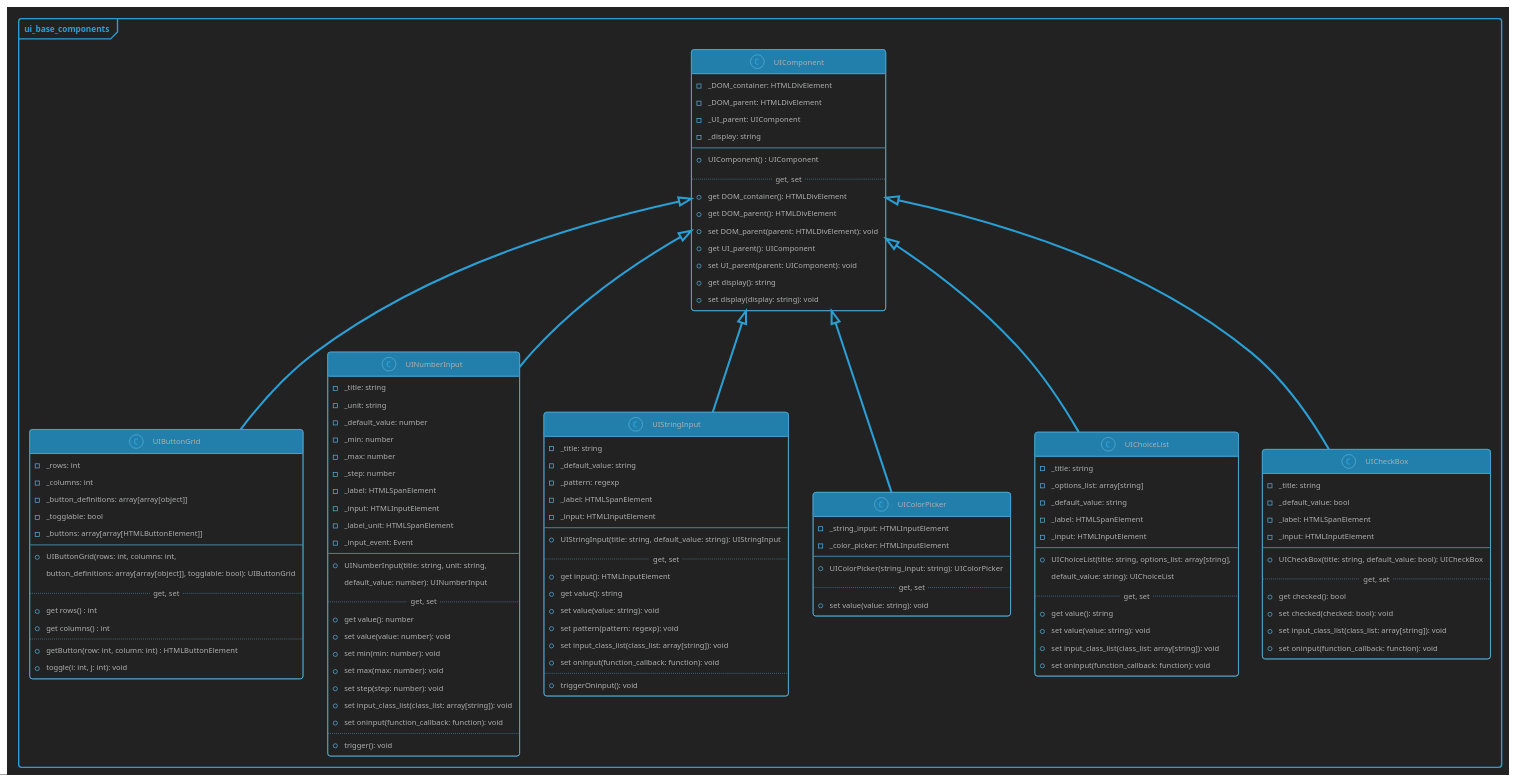
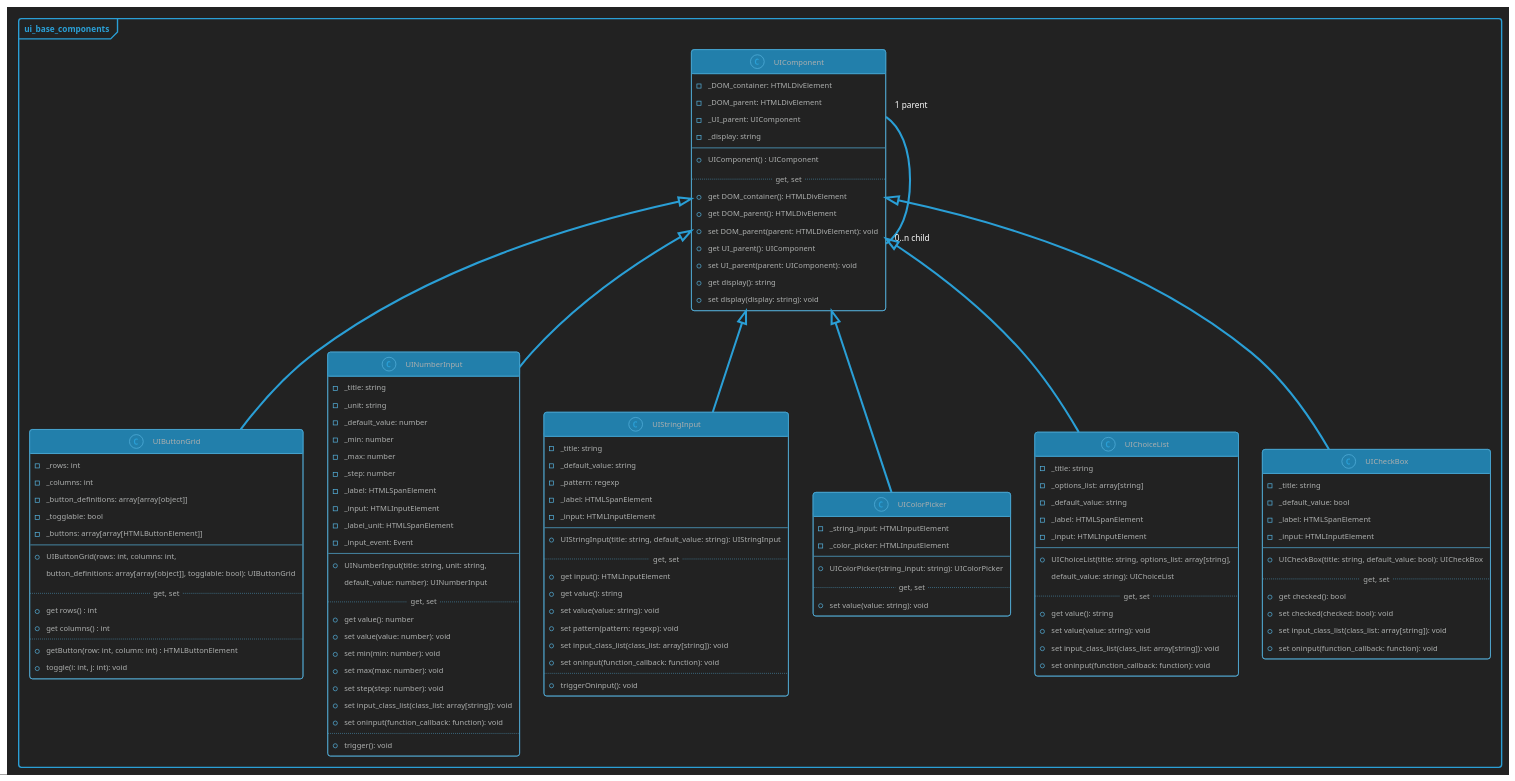
One commit to Picorims/wav2bar changed the diagram in docs/ui_base_components.plantuml. Above: the diagram before and after it, drawn with PlantUML. The commit also changed 5 other files, not shown here.

Commit message:
add missing link in UI component diagram, update UML diagram renders, update package-lock

```diff
--- a/docs/ui_base_components.plantuml
+++ b/docs/ui_base_components.plantuml
@@ -3,133 +3,134 @@
 @startuml ui_base_components
 !theme cyborg-outline
 skinparam BackgroundColor #222222
 ' skinparam groupInheritance 2
 skinparam PackageStyle frame
 
 package "ui_base_components" {
     class UIComponent {
         - _DOM_container: HTMLDivElement
         - _DOM_parent: HTMLDivElement
         - _UI_parent: UIComponent
         - _display: string
         --
         + UIComponent() : UIComponent
         ..get, set..
         + get DOM_container(): HTMLDivElement
         + get DOM_parent(): HTMLDivElement
         + set DOM_parent(parent: HTMLDivElement): void
         + get UI_parent(): UIComponent
         + set UI_parent(parent: UIComponent): void
         + get display(): string
         + set display(display: string): void
     }
+    UIComponent "1 parent" -- "0..n child" UIComponent
 
     class UIButtonGrid {
         - _rows: int
         - _columns: int
         - _button_definitions: array[array[object]]
         - _togglable: bool
         - _buttons: array[array[HTMLButtonElement]]
         --
         + UIButtonGrid(rows: int, columns: int,
         button_definitions: array[array[object]], togglable: bool): UIButtonGrid
         ..get, set..
         + get rows() : int
         + get columns() : int
         ..
         + getButton(row: int, column: int) : HTMLButtonElement
         + toggle(i: int, j: int): void
     }
     UIComponent <|-- UIButtonGrid
 
     class UINumberInput {
         - _title: string
         - _unit: string
         - _default_value: number
         - _min: number
         - _max: number
         - _step: number
         - _label: HTMLSpanElement
         - _input: HTMLInputElement
         - _label_unit: HTMLSpanElement
         - _input_event: Event
         --
         + UINumberInput(title: string, unit: string,
         default_value: number): UINumberInput
         ..get, set..
         + get value(): number
         + set value(value: number): void
         + set min(min: number): void
         + set max(max: number): void
         + set step(step: number): void
         + set input_class_list(class_list: array[string]): void
         + set oninput(function_callback: function): void
         ..
         + trigger(): void
     }
     UIComponent <|-- UINumberInput
 
     class UIStringInput {
         - _title: string
         - _default_value: string
         - _pattern: regexp
         - _label: HTMLSpanElement
         - _input: HTMLInputElement
         --
         + UIStringInput(title: string, default_value: string): UIStringInput
         ..get, set..
         + get input(): HTMLInputElement
         + get value(): string
         + set value(value: string): void
         + set pattern(pattern: regexp): void
         + set input_class_list(class_list: array[string]): void
         + set oninput(function_callback: function): void
         ..
         + triggerOninput(): void
     }
     UIComponent <|-- UIStringInput
 
     class UIColorPicker {
         - _string_input: HTMLInputElement
         - _color_picker: HTMLInputElement
         --
         + UIColorPicker(string_input: string): UIColorPicker
         ..get, set..
         + set value(value: string): void
     }
     UIComponent <|-- UIColorPicker
 
     class UIChoiceList {
         - _title: string
         - _options_list: array[string]
         - _default_value: string
         - _label: HTMLSpanElement
         - _input: HTMLInputElement
         --
         + UIChoiceList(title: string, options_list: array[string],
         default_value: string): UIChoiceList
         ..get, set..
         + get value(): string
         + set value(value: string): void
         + set input_class_list(class_list: array[string]): void
         + set oninput(function_callback: function): void
     }
     UIComponent <|-- UIChoiceList
 
     class UICheckBox {
         - _title: string
         - _default_value: bool
         - _label: HTMLSpanElement
         - _input: HTMLInputElement
         --
         + UICheckBox(title: string, default_value: bool): UICheckBox
         ..get, set..
         + get checked(): bool
         + set checked(checked: bool): void
         + set input_class_list(class_list: array[string]): void
         + set oninput(function_callback: function): void
     }
     UIComponent <|-- UICheckBox
 }
 
 @enduml
```
